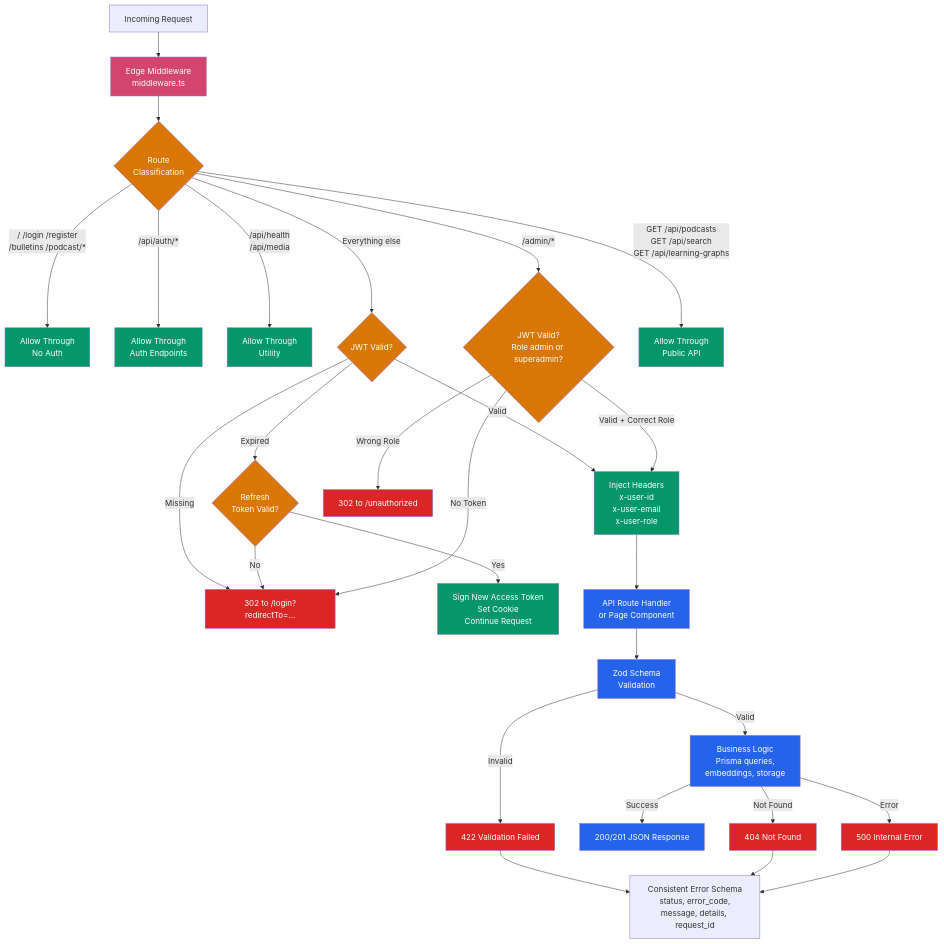
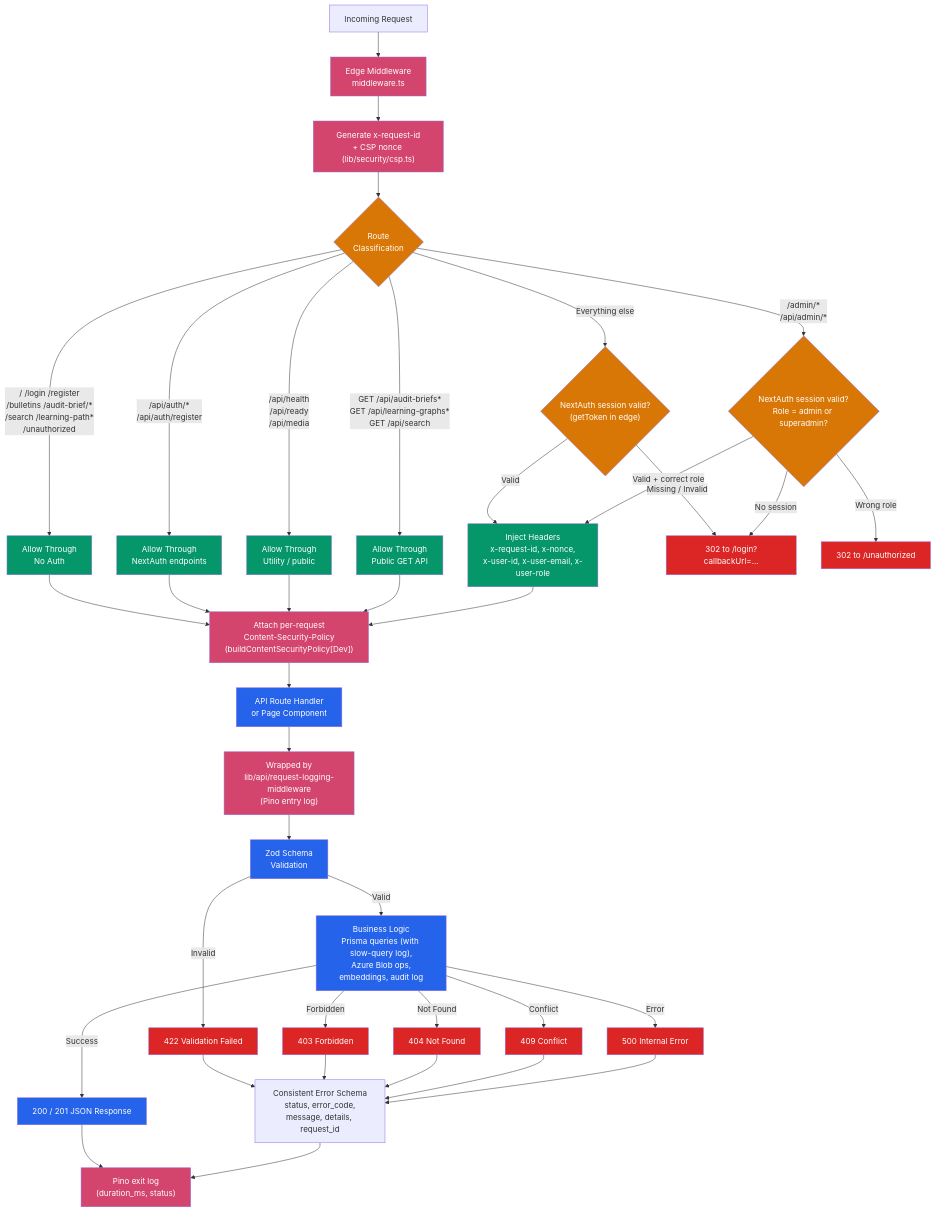
One commit to RoshanJ20/podcasthub changed the diagram in docs/architecture/7-request-lifecycle.mmd. Above: the diagram before and after it, drawn with Mermaid. The commit also changed 51 other files, not shown here.

First line of the commit message:
docs: refresh top-level docs, CLAUDE/AGENTS rules, architecture diagrams, and changelog

```diff
--- a/docs/architecture/7-request-lifecycle.mmd
+++ b/docs/architecture/7-request-lifecycle.mmd
@@ -1,48 +1,60 @@
 graph TD
     Req["Incoming Request"] --> MW["Edge Middleware\nmiddleware.ts"]
 
-    MW --> ClassifyRoute{"Route\nClassification"}
+    MW --> GenIDs["Generate x-request-id\n+ CSP nonce (lib/security/csp.ts)"]
+    GenIDs --> ClassifyRoute{"Route\nClassification"}
 
-    ClassifyRoute -->|"/ /login /register\n/bulletins /podcast/*"| Public["Allow Through\nNo Auth"]
-    ClassifyRoute -->|"/api/auth/*"| AuthRoute["Allow Through\nAuth Endpoints"]
-    ClassifyRoute -->|"/api/health\n/api/media"| Utility["Allow Through\nUtility"]
-    ClassifyRoute -->|"/admin/*"| AdminCheck{"JWT Valid?\nRole admin or superadmin?"}
-    ClassifyRoute -->|"Everything else"| AuthCheck{"JWT Valid?"}
-    ClassifyRoute -->|"GET /api/podcasts\nGET /api/search\nGET /api/learning-graphs"| PublicAPI["Allow Through\nPublic API"]
+    ClassifyRoute -->|"/ /login /register\n/bulletins /audit-brief/*\n/search /learning-path*\n/unauthorized"| Public["Allow Through\nNo Auth"]
+    ClassifyRoute -->|"/api/auth/*\n/api/auth/register"| AuthRoute["Allow Through\nNextAuth endpoints"]
+    ClassifyRoute -->|"/api/health\n/api/ready\n/api/media"| Utility["Allow Through\nUtility / public"]
+    ClassifyRoute -->|"GET /api/audit-briefs*\nGET /api/learning-graphs*\nGET /api/search"| PublicAPI["Allow Through\nPublic GET API"]
+    ClassifyRoute -->|"/admin/*\n/api/admin/*"| AdminCheck{"NextAuth session valid?\nRole = admin or superadmin?"}
+    ClassifyRoute -->|"Everything else"| AuthCheck{"NextAuth session valid?\n(getToken in edge)"}
 
-    AuthCheck -->|"Valid"| InjectHeaders["Inject Headers\nx-user-id\nx-user-email\nx-user-role"]
-    AuthCheck -->|"Expired"| TryRefresh{"Refresh\nToken Valid?"}
-    AuthCheck -->|"Missing"| Redirect302["302 to /login?redirectTo=..."]
+    AuthCheck -->|"Valid"| InjectHeaders["Inject Headers\nx-request-id, x-nonce,\nx-user-id, x-user-email, x-user-role"]
+    AuthCheck -->|"Missing / Invalid"| Redirect302["302 to /login?callbackUrl=..."]
 
-    TryRefresh -->|"Yes"| SignNew["Sign New Access Token\nSet Cookie\nContinue Request"]
-    TryRefresh -->|"No"| Redirect302
+    AdminCheck -->|"Valid + correct role"| InjectHeaders
+    AdminCheck -->|"Wrong role"| Forbidden["302 to /unauthorized"]
+    AdminCheck -->|"No session"| Redirect302
 
-    AdminCheck -->|"Valid + Correct Role"| InjectHeaders
-    AdminCheck -->|"Wrong Role"| Forbidden["302 to /unauthorized"]
-    AdminCheck -->|"No Token"| Redirect302
+    Public --> AttachCSP
+    AuthRoute --> AttachCSP
+    Utility --> AttachCSP
+    PublicAPI --> AttachCSP
+    InjectHeaders --> AttachCSP
 
-    InjectHeaders --> Handler["API Route Handler\nor Page Component"]
+    AttachCSP["Attach per-request\nContent-Security-Policy\n(buildContentSecurityPolicy[Dev])"] --> Handler
 
-    Handler --> ValidateInput["Zod Schema\nValidation"]
+    Handler["API Route Handler\nor Page Component"] --> RequestLogger["Wrapped by\nlib/api/request-logging-middleware\n(Pino entry log)"]
+
+    RequestLogger --> ValidateInput["Zod Schema\nValidation"]
     ValidateInput -->|"Invalid"| Error422["422 Validation Failed"]
-    ValidateInput -->|"Valid"| BusinessLogic["Business Logic\nPrisma queries,\nembeddings, storage"]
+    ValidateInput -->|"Valid"| BusinessLogic["Business Logic\nPrisma queries (with slow-query log),\nAzure Blob ops,\nembeddings, audit log"]
 
-    BusinessLogic -->|"Success"| Response200["200/201 JSON Response"]
+    BusinessLogic -->|"Success"| Response200["200 / 201 JSON Response"]
     BusinessLogic -->|"Not Found"| Error404["404 Not Found"]
+    BusinessLogic -->|"Forbidden"| Error403["403 Forbidden"]
+    BusinessLogic -->|"Conflict"| Error409["409 Conflict"]
     BusinessLogic -->|"Error"| Error500["500 Internal Error"]
 
     Error422 --> ErrorFormat["Consistent Error Schema\nstatus, error_code,\nmessage, details, request_id"]
+    Error403 --> ErrorFormat
     Error404 --> ErrorFormat
+    Error409 --> ErrorFormat
     Error500 --> ErrorFormat
+
+    Response200 --> ResponseLog["Pino exit log\n(duration_ms, status)"]
+    ErrorFormat --> ResponseLog
 
     classDef mw fill:#d4456e,color:#fff
     classDef allow fill:#059669,color:#fff
     classDef deny fill:#dc2626,color:#fff
     classDef logic fill:#2563eb,color:#fff
     classDef check fill:#d97706,color:#fff
 
-    class MW mw
-    class Public,AuthRoute,Utility,PublicAPI,InjectHeaders,SignNew allow
-    class Redirect302,Forbidden,Error422,Error404,Error500 deny
+    class MW,GenIDs,AttachCSP,RequestLogger,ResponseLog mw
+    class Public,AuthRoute,Utility,PublicAPI,InjectHeaders allow
+    class Redirect302,Forbidden,Error422,Error403,Error404,Error409,Error500 deny
     class Handler,ValidateInput,BusinessLogic,Response200 logic
-    class ClassifyRoute,AuthCheck,AdminCheck,TryRefresh check
+    class ClassifyRoute,AuthCheck,AdminCheck check
```
